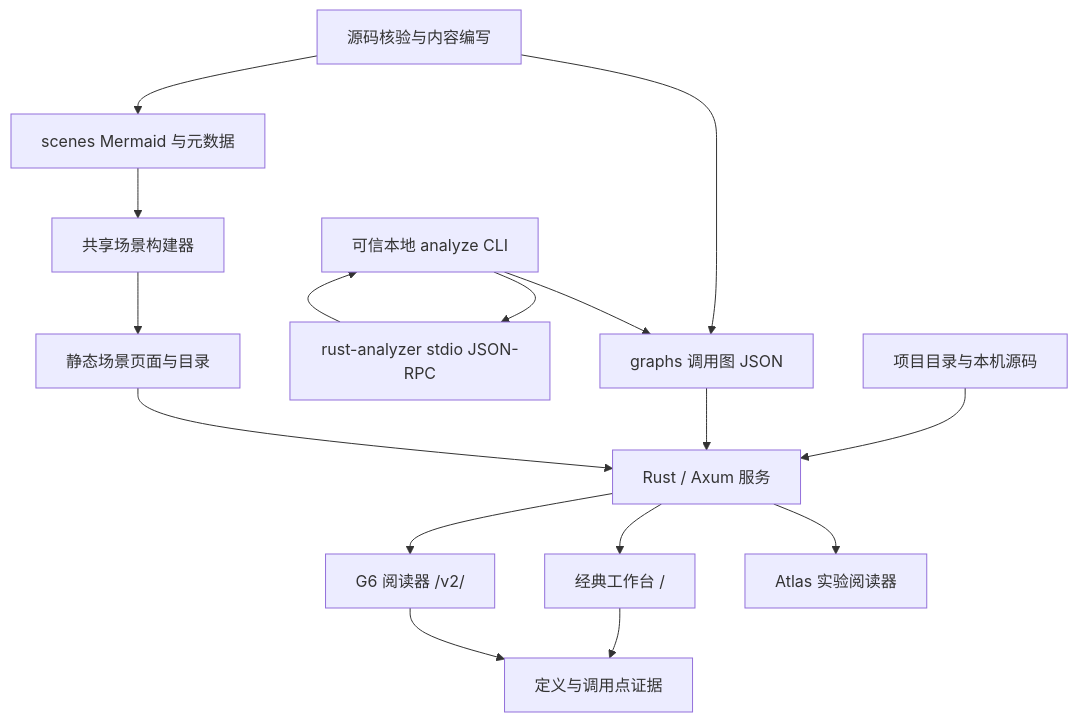
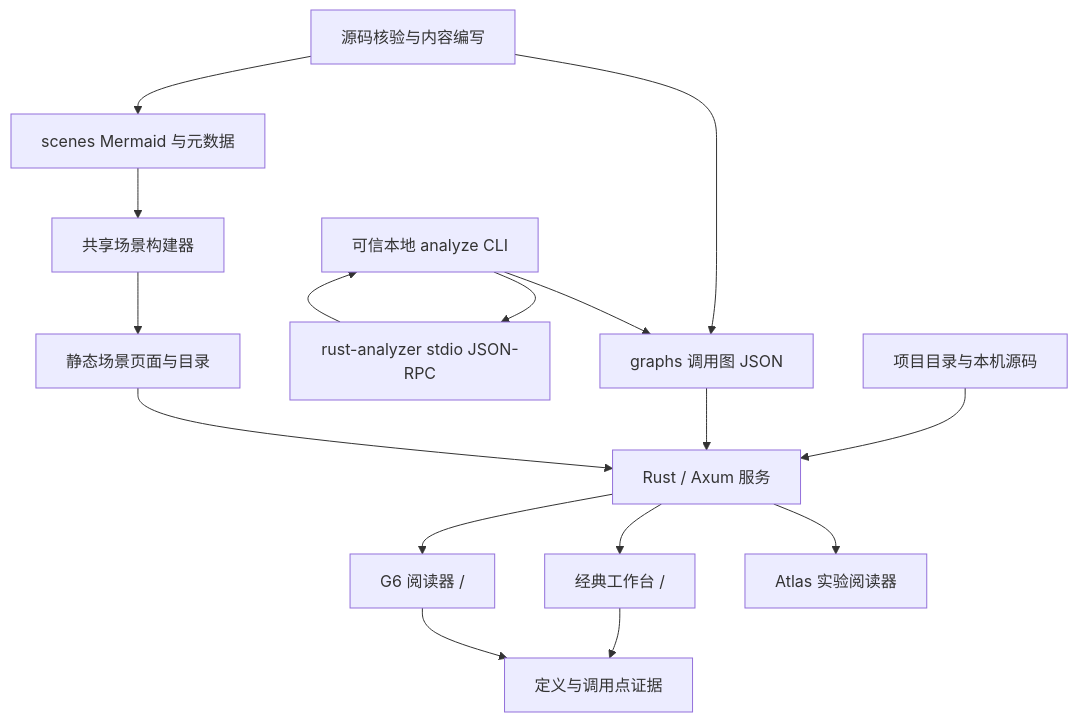
One commit to v-liuxingan/CodeRova changed the diagram in docs/system-design.md. Above: the diagram before and after it, drawn with Mermaid. The commit also changed other lines of this file and 179 other files, not shown here.

````diff
--- a/docs/system-design.md
+++ b/docs/system-design.md
@@ -25,18 +27,18 @@
 ```mermaid
 flowchart TB
   Author[源码核验与内容编写] --> Graph[graphs 调用图 JSON]
   Author --> Scene[scenes Mermaid 与元数据]
   CLI[可信本地 analyze CLI] --> LSP[rust-analyzer stdio JSON-RPC]
   LSP --> CLI
   CLI --> Graph
   Scene --> Build[共享场景构建器]
   Build --> Pages[静态场景页面与目录]
   Catalog[项目目录与本机源码] --> Server[Rust / Axum 服务]
   Graph --> Server
   Pages --> Server
   Server --> Classic[经典工作台 /]
-  Server --> V2[G6 阅读器 /v2/]
+  Server --> V2[G6 阅读器 /]
   Server --> Atlas[Atlas 实验阅读器]
   Classic --> Evidence[定义与调用点证据]
   V2 --> Evidence
 ```
````
